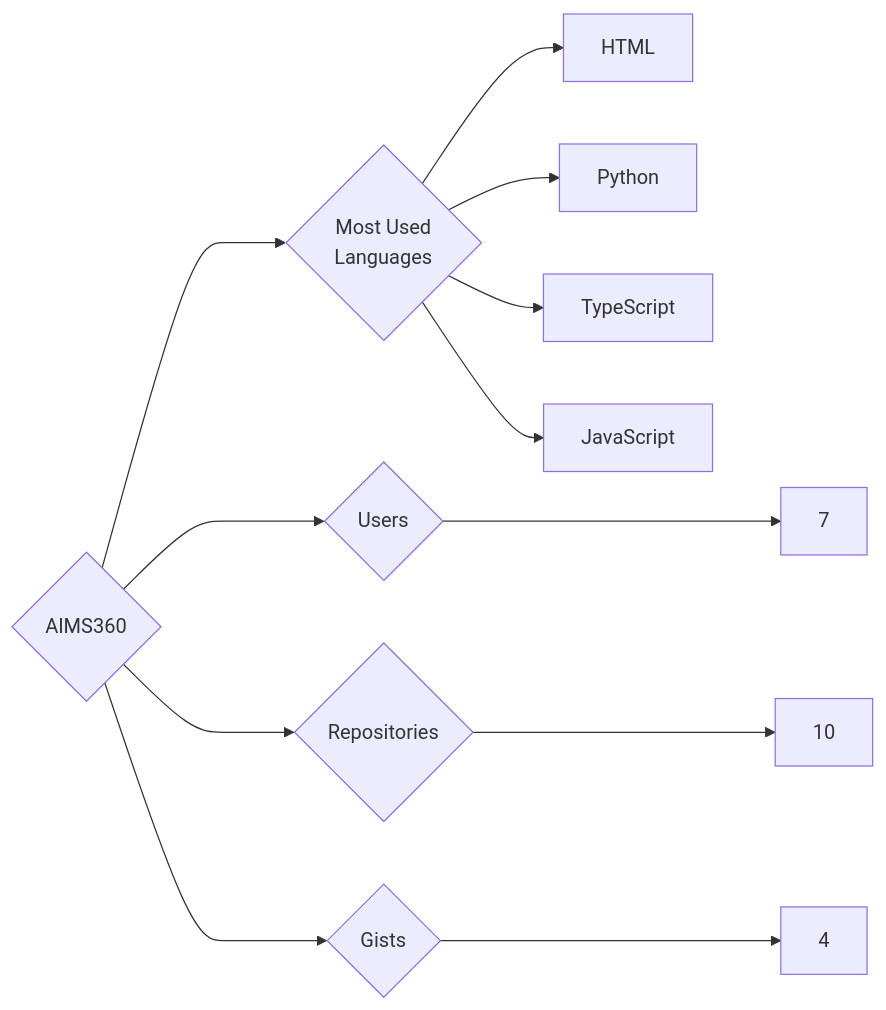
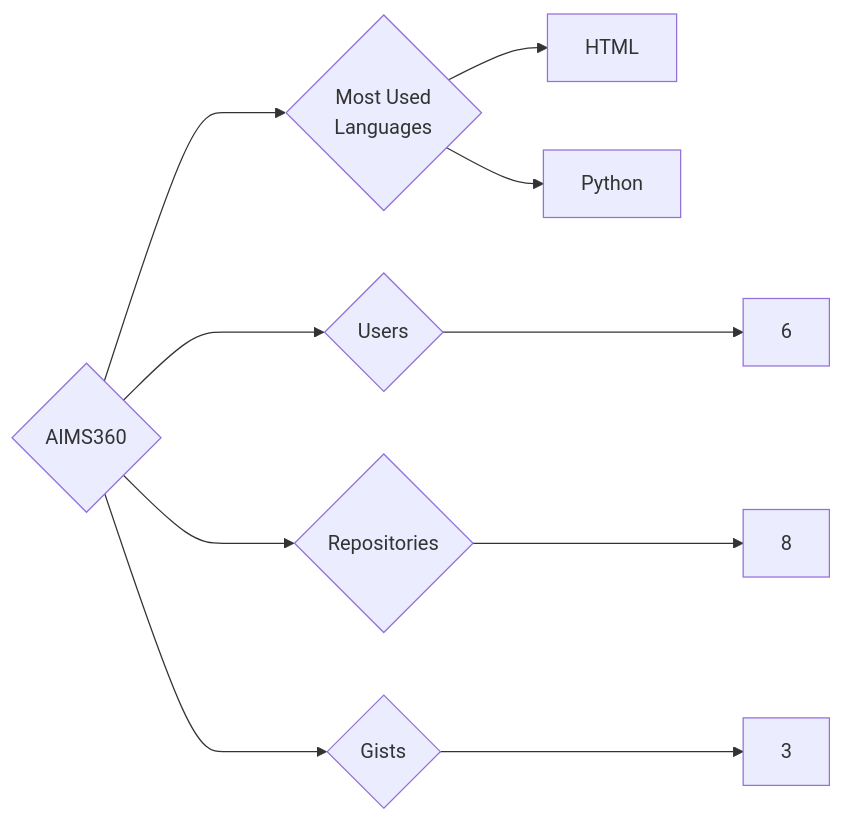
Before and after one commit to trickest/insiders: the diagram in targets/AIMS360/README.md, drawn with Mermaid. The commit also changed 1007 other files, not shown here.

````diff
--- a/targets/AIMS360/README.md
+++ b/targets/AIMS360/README.md
@@ -3,12 +3,10 @@
 ```mermaid
 graph LR
 COMPANY_NAME{AIMS360}
-COMPANY_NAME ---> U{Users} ---> UN[7]
-COMPANY_NAME ---> R{Repositories} ---> RN[10]
-COMPANY_NAME ---> G{Gists} ---> GN[4]
+COMPANY_NAME ---> U{Users} ---> UN[6]
+COMPANY_NAME ---> R{Repositories} ---> RN[8]
+COMPANY_NAME ---> G{Gists} ---> GN[3]
 COMPANY_NAME ---> ML{Most Used<br>Languages}
 ML --> HTML[HTML]
 ML --> Python[Python]
-ML --> TypeScript[TypeScript]
-ML --> JavaScript[JavaScript]
 ```
````
